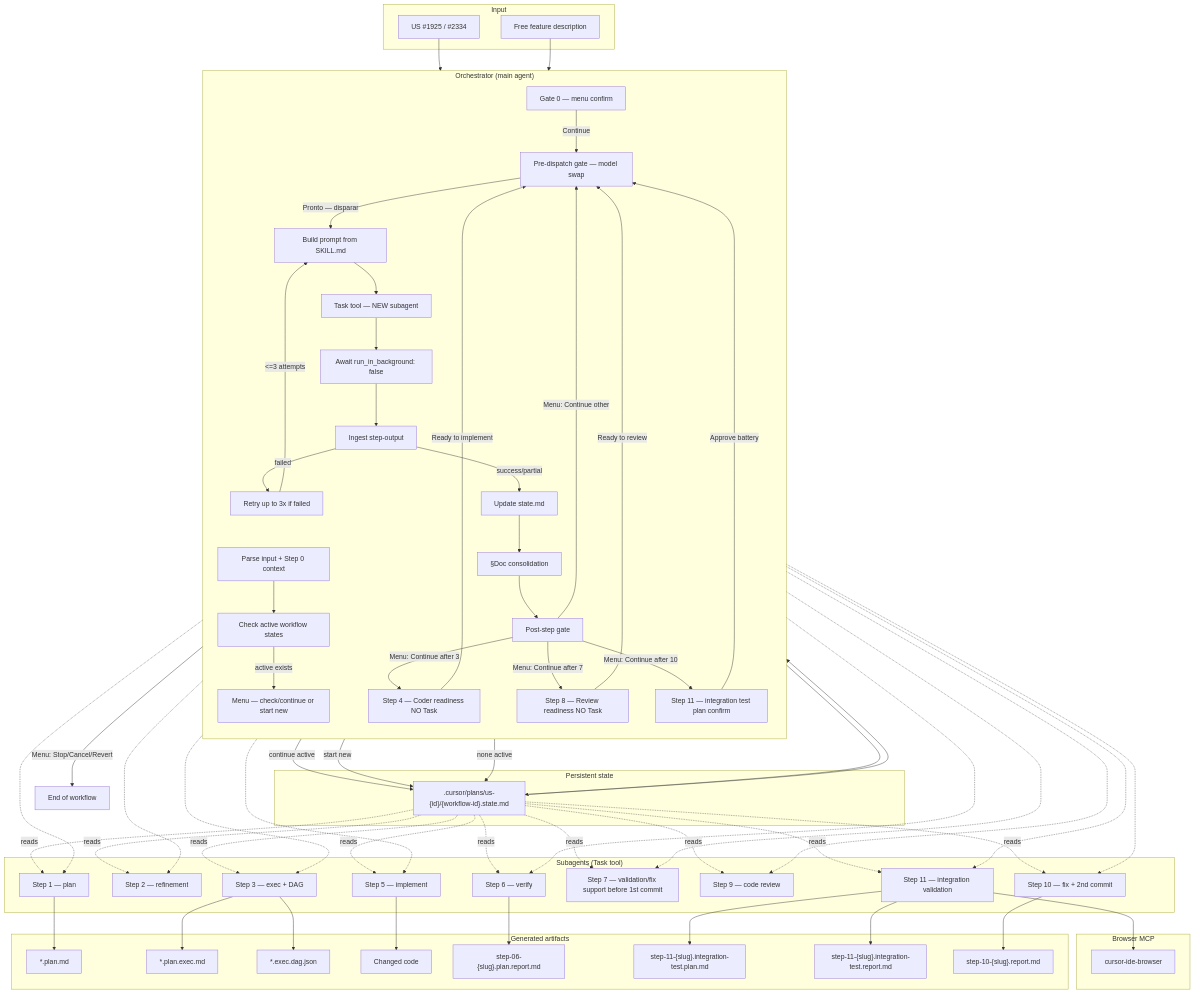
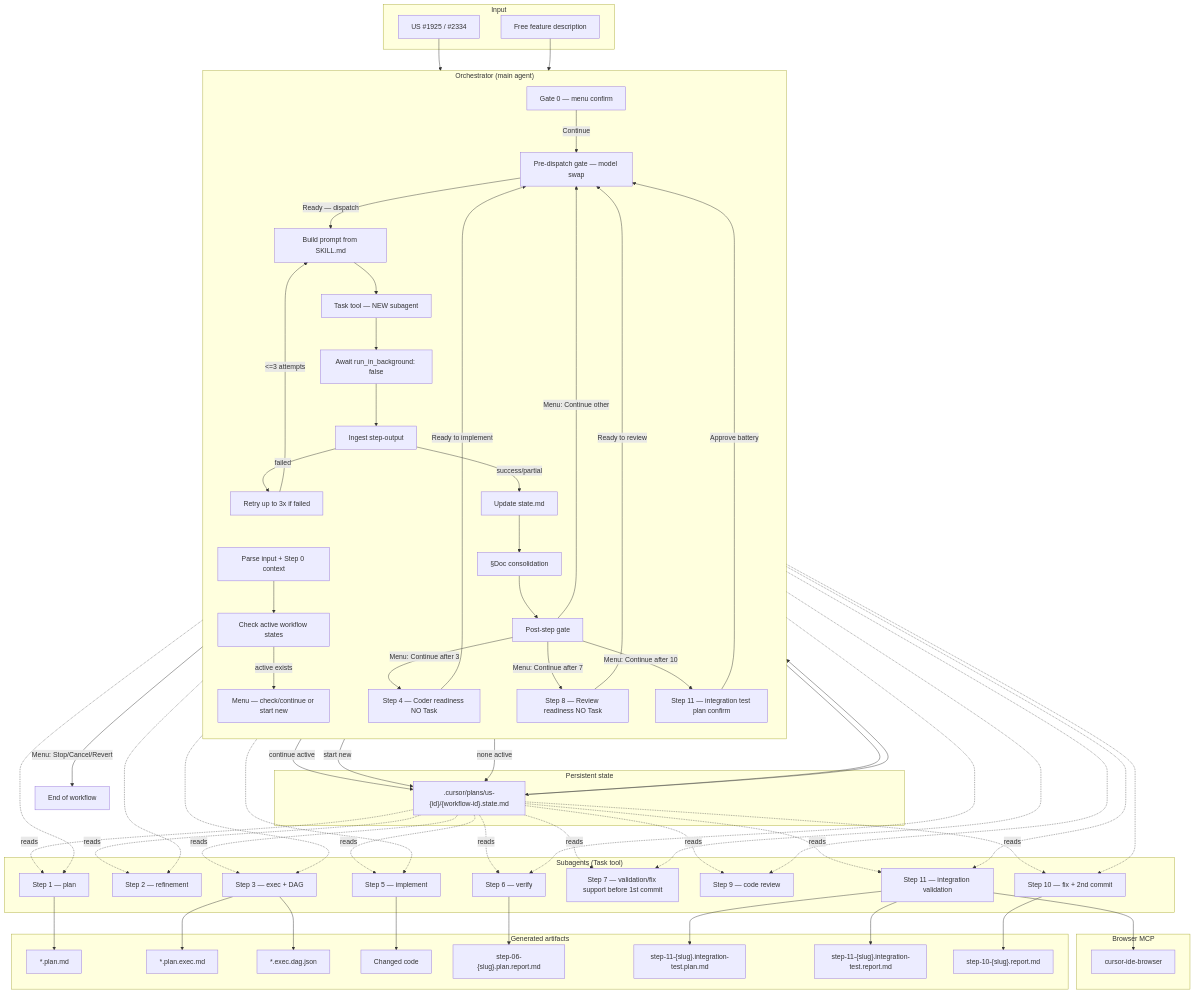
One commit to jpolvora/workflow-skills changed the second of 9 diagrams in .agents/skills/spec-to-pr/DIAGRAM.md. Above: the diagram before and after it, drawn with Mermaid. The commit also changed other lines of this file and 30 other files, not shown here.

```diff
--- a/.agents/skills/spec-to-pr/DIAGRAM.md
+++ b/.agents/skills/spec-to-pr/DIAGRAM.md
@@ -93,7 +93,7 @@
     ACTIVE -->|none active| STATE
     STATE --> GATE0
     GATE0 -->|Continue| PREDISP
-    PREDISP -->|Pronto — disparar| PROMPT
+    PREDISP -->|Ready — dispatch| PROMPT
 
     PROMPT --> DISPATCH
     DISPATCH --> WAIT
```
